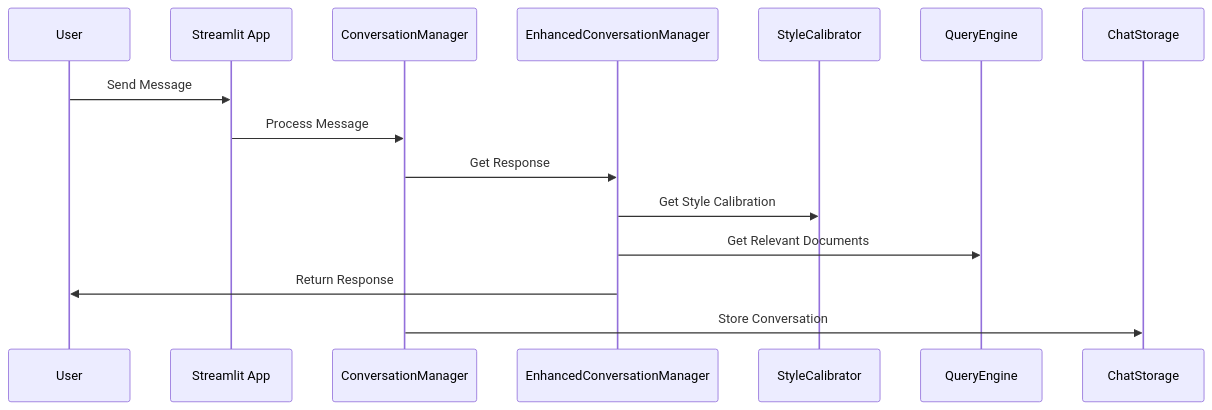
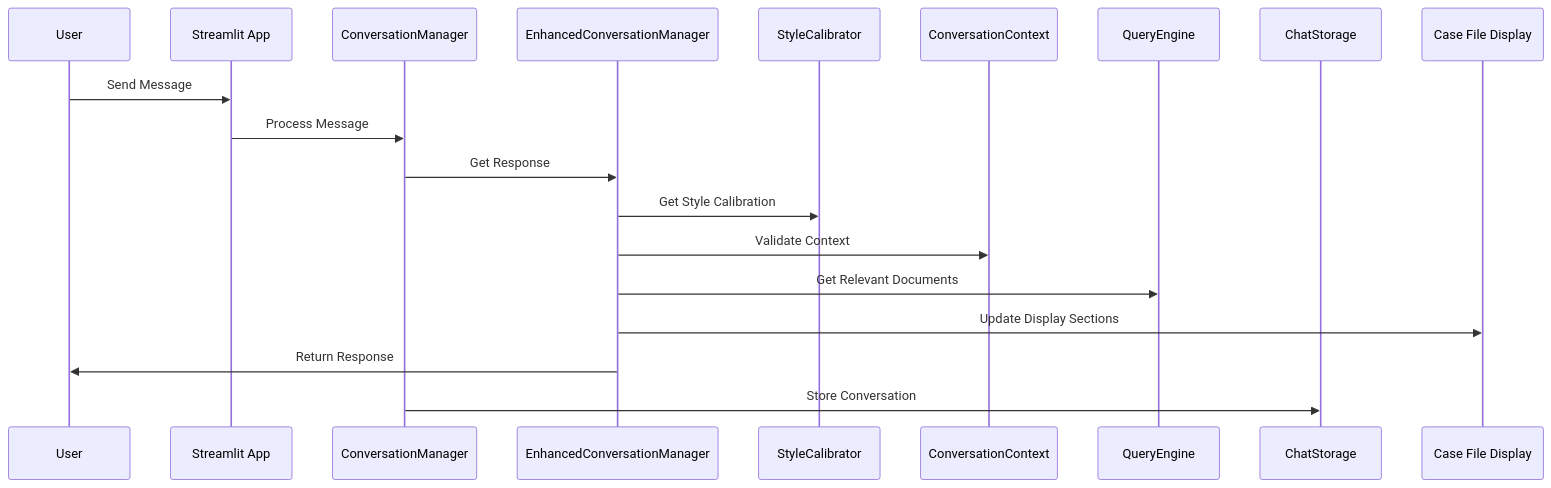
The second of 7 diagrams in docs/02-system-architecture.md (dgmulei/obi-slv2), drawn with Mermaid before and after one commit. The commit also changed other lines of this file and 9 other files, not shown here.

````diff
--- a/docs/02-system-architecture.md
+++ b/docs/02-system-architecture.md
@@ -38,18 +51,22 @@
 ```mermaid
 sequenceDiagram
     participant U as User
     participant App as Streamlit App
     participant CM as ConversationManager
     participant ECM as EnhancedConversationManager
     participant SC as StyleCalibrator
+    participant CC as ConversationContext
     participant QE as QueryEngine
     participant CS as ChatStorage
+    participant CF as Case File Display
 
     U->>App: Send Message
     App->>CM: Process Message
     CM->>ECM: Get Response
     ECM->>SC: Get Style Calibration
+    ECM->>CC: Validate Context
     ECM->>QE: Get Relevant Documents
+    ECM->>CF: Update Display Sections
     ECM->>U: Return Response
     CM->>CS: Store Conversation
 ```
````
